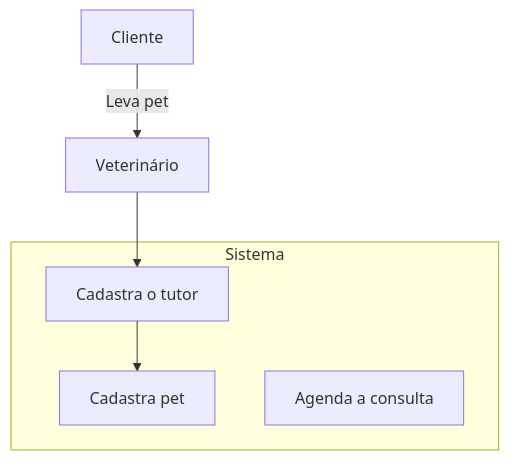
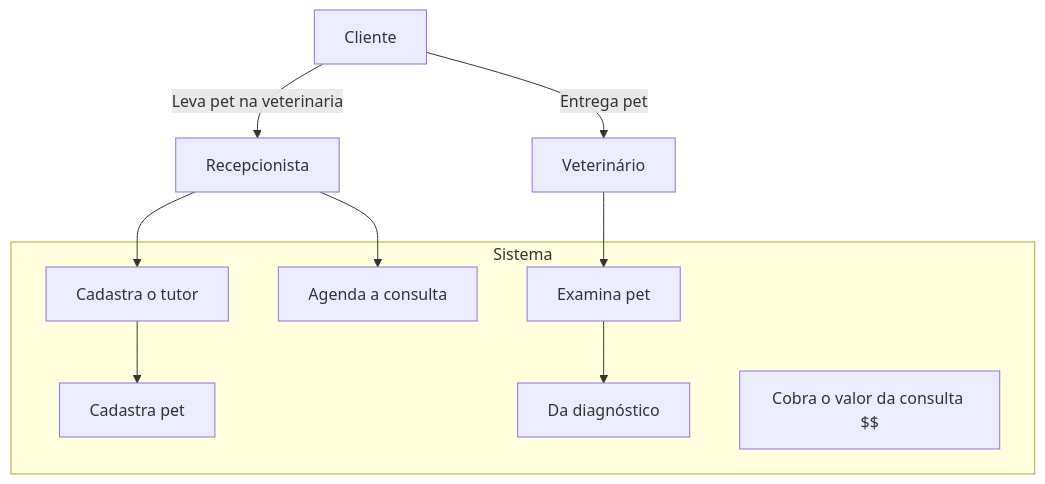
The diagram in README.md (triggerww/clinica-veterinaria), drawn with Mermaid before and after one commit. The commit also changed other lines of this file, not shown here.

Commit message:
Revise use case diagram with additional roles and actions
Updated the use case diagram in the README to include new roles and actions.

````diff
--- a/README.md
+++ b/README.md
@@ -10,16 +10,22 @@
 ```Mermaid
 flowchart TD
     cliente["Cliente"]
-    veterinario["Veterinário"]
+    recepcionista["Recepcionista "]
+    vet["Veterinário"]
 
     %% Ações
     subgraph Sistema
-        cadastro-pet["Cadastra pet"]
-        cadastro-tutor["Cadastra o tutor"]
-        agenda["Agenda a consulta"]
+        pet["Cadastra pet"]
+        tutor["Cadastra o tutor"]
+        consulta["Agenda a consulta"]
+        examina["Examina pet"]
+        diagnostico["Da diagnóstico"]
+        cobra["Cobra o valor da consulta $$"]
     end
 
     %% Relacionamentos
-    cliente -- "Leva pet" --> veterinario
-    veterinario --> cadastro-tutor --> cadastro-pet
+    cliente -- "Leva pet na veterinaria" --> recepcionista --> tutor --> pet
+    recepcionista --> consulta
+
+    cliente -- "Entrega pet" --> vet --> examina --> diagnostico
 ```
````
